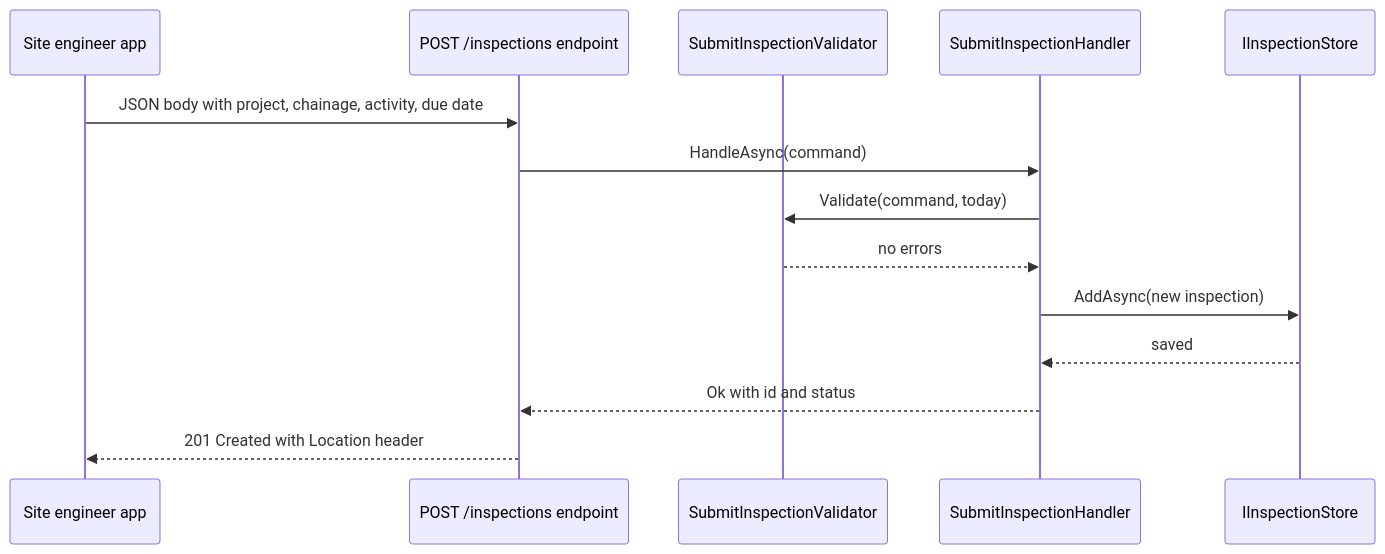
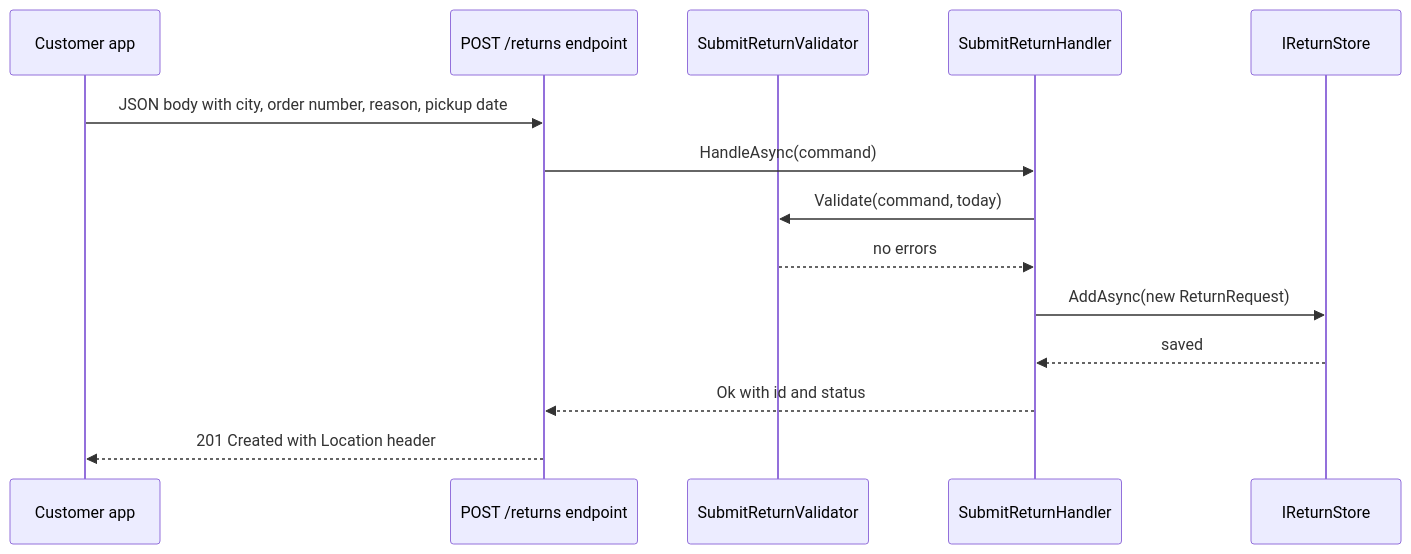
The second of 3 diagrams in content/lessons/m02/m02-vertical-slice.md (rizwi0786/system-design-lab), drawn with Mermaid before and after one commit. The commit also changed other lines of this file and 334 other files, not shown here.

````diff
--- a/content/lessons/m02/m02-vertical-slice.md
+++ b/content/lessons/m02/m02-vertical-slice.md
@@ -154,16 +154,16 @@
 ```mermaid
 sequenceDiagram
-    participant E as Site engineer app
-    participant EP as POST /inspections endpoint
-    participant V as SubmitInspectionValidator
-    participant H as SubmitInspectionHandler
-    participant S as IInspectionStore
-    E->>EP: JSON body with project, chainage, activity, due date
+    participant E as Customer app
+    participant EP as POST /returns endpoint
+    participant V as SubmitReturnValidator
+    participant H as SubmitReturnHandler
+    participant S as IReturnStore
+    E->>EP: JSON body with city, order number, reason, pickup date
     EP->>H: HandleAsync(command)
     H->>V: Validate(command, today)
     V-->>H: no errors
-    H->>S: AddAsync(new inspection)
+    H->>S: AddAsync(new ReturnRequest)
     S-->>H: saved
     H-->>EP: Ok with id and status
     EP-->>E: 201 Created with Location header
 ```
````
